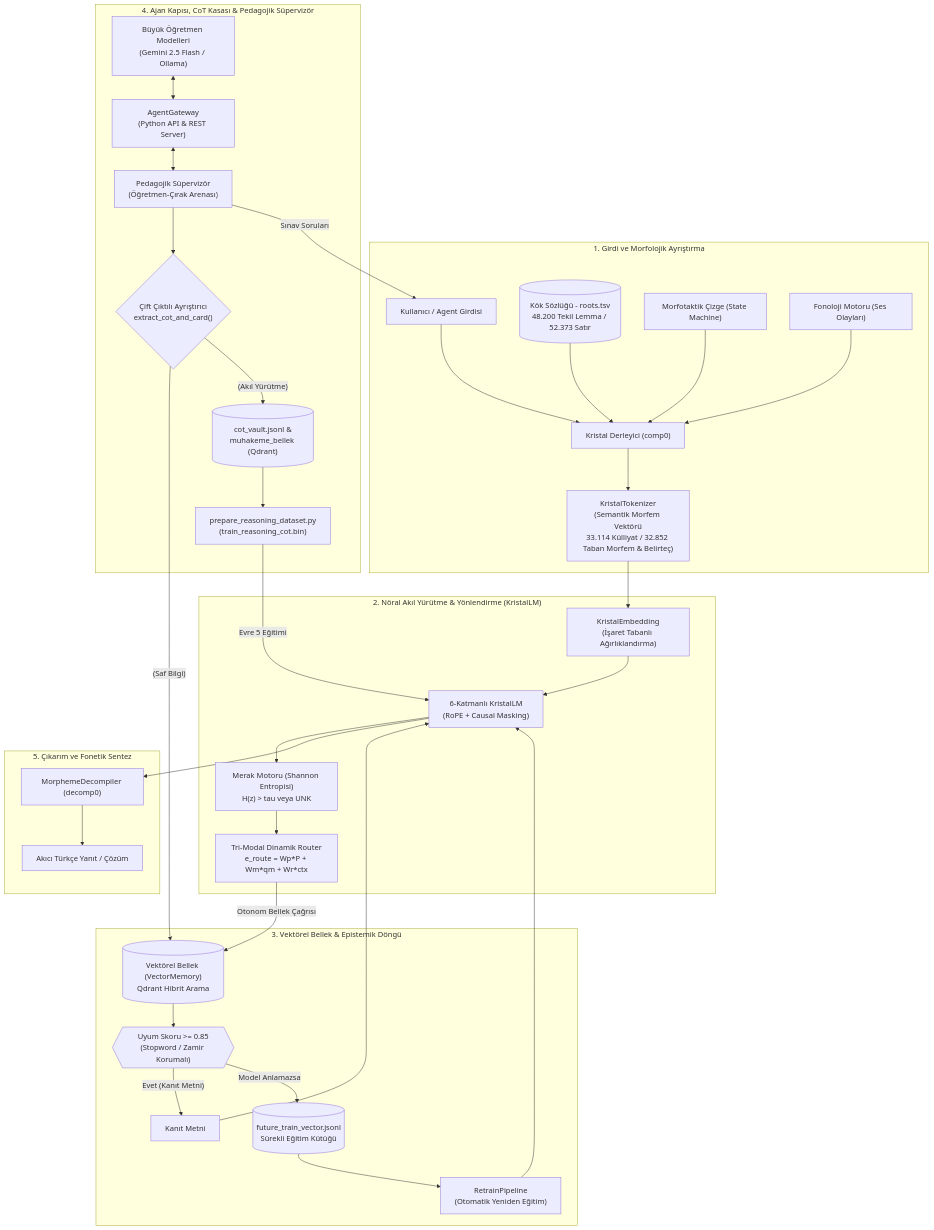
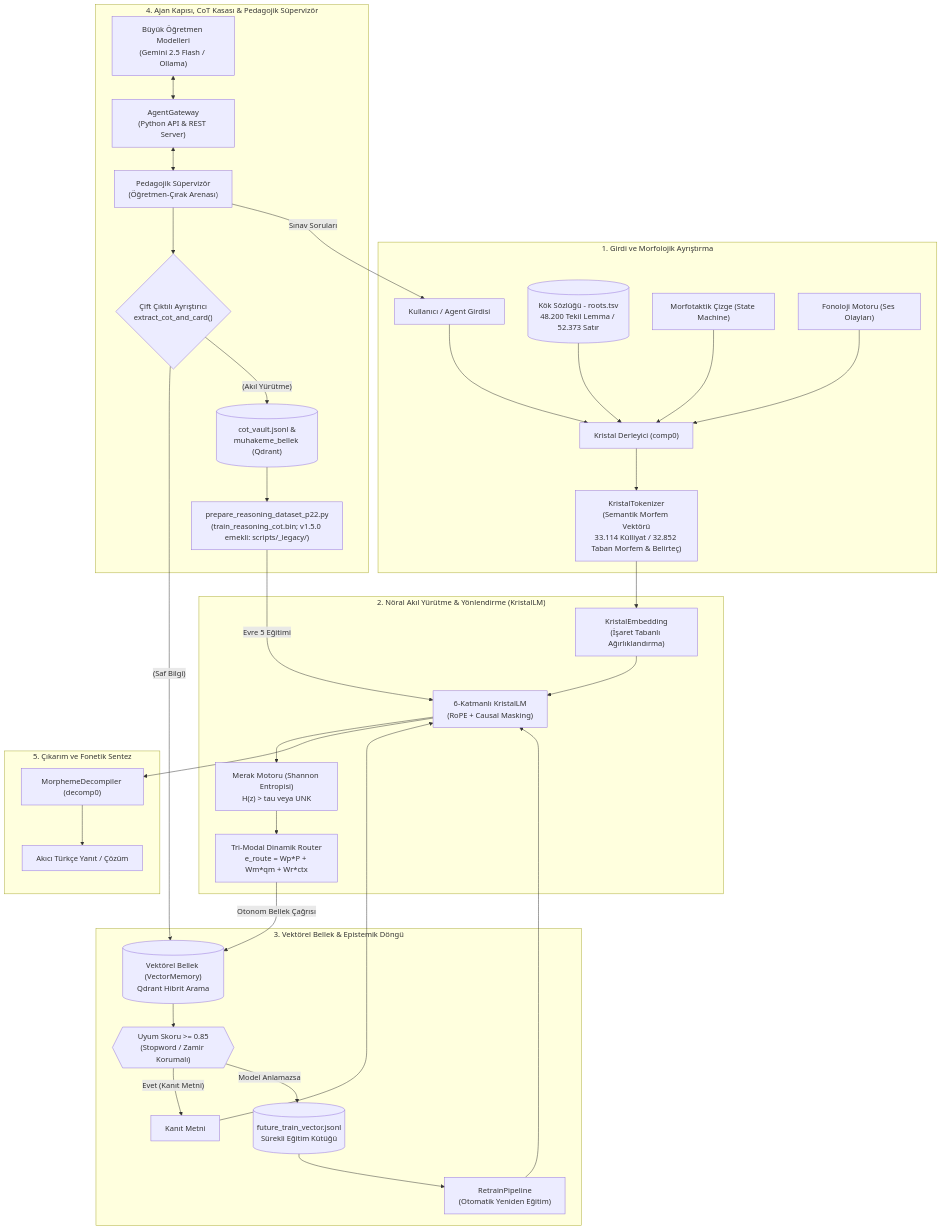
The diagram in README.md (onkanat/tr_llm), drawn with Mermaid before and after one commit. The commit also changed other lines of this file and 6 other files, not shown here.

Commit message:
fix(hijyen): supervisor --auto-retrain fabrikayla onarıldı (kanonik yollar, save≠model fail-closed, TDD 4/4) + bayat prepare_reasoning_dataset.py v1.5.0 _legacy'ye emekli (tek aktif referans + docs _p22'ye)

````diff
--- a/README.md
+++ b/README.md
@@ -34,43 +34,43 @@
 ```mermaid
 flowchart TD
     subgraph INGESTION ["1. Girdi ve Morfolojik Ayrıştırma"]
         RawText["Kullanıcı / Agent Girdisi"] --> Comp["Kristal Derleyici (comp0)"]
         Lexicon[("Kök Sözlüğü - roots.tsv\n48.200 Tekil Lemma / 52.373 Satır")] --> Comp
         Graph["Morfotaktik Çizge (State Machine)"] --> Comp
         Phonology["Fonoloji Motoru (Ses Olayları)"] --> Comp
         Comp --> Tokenizer["KristalTokenizer\n(Semantik Morfem Vektörü\n33.114 Külliyat / 32.852 Taban Morfem & Belirteç)"]
     end
 
     subgraph REASONING ["2. Nöral Akıl Yürütme & Yönlendirme (KristalLM)"]
         Tokenizer --> Embed["KristalEmbedding\n(İşaret Tabanlı Ağırlıklandırma)"]
         Embed --> Transformer["6-Katmanlı KristalLM\n(RoPE + Causal Masking)"]
         Transformer --> Curiosity["Merak Motoru (Shannon Entropisi)\nH(z) > tau veya UNK"]
         Curiosity --> Router["Tri-Modal Dinamik Router\ne_route = Wp*P + Wm*qm + Wr*ctx"]
     end
 
     subgraph MEMORY ["3. Vektörel Bellek & Epistemik Döngü"]
         Router -->|"Otonom Bellek Çağrısı"| VecMem[("Vektörel Bellek (VectorMemory)\nQdrant Hibrit Arama")]
         VecMem --> Filter{{"Uyum Skoru >= 0.85\n(Stopword / Zamir Korumalı)"}}
         Filter -->|"Evet (Kanıt Metni)"| DocInject["<CONTEXT> Kanıt Metni </CONTEXT>"]
         DocInject --> Transformer
         Filter -->|"Model Anlamazsa"| FutureTrain[("future_train_vector.jsonl\nSürekli Eğitim Kütüğü")]
         FutureTrain --> Retrain["RetrainPipeline\n(Otomatik Yeniden Eğitim)"]
         Retrain --> Transformer
     end
 
     subgraph GATEWAY ["4. Ajan Kapısı, CoT Kasası & Pedagojik Süpervizör"]
         ExtAgent["Büyük Öğretmen Modelleri\n(Gemini 2.5 Flash / Ollama)"] <--> Gateway["AgentGateway\n(Python API & REST Server)"]
         Gateway <--> Supervisor["Pedagojik Süpervizör\n(Öğretmen-Çırak Arenası)"]
         Supervisor --> DualParse{"Çift Çıktılı Ayrıştırıcı\nextract_cot_and_card()"}
         DualParse -->|"<BILGI_KARTI> (Saf Bilgi)"| VecMem
         DualParse -->|"<DUSUNCE> (Akıl Yürütme)"| CoTVault[("cot_vault.jsonl &\nmuhakeme_bellek (Qdrant)")]
-        CoTVault --> PrepReasoning["prepare_reasoning_dataset.py\n(train_reasoning_cot.bin)"]
+        CoTVault --> PrepReasoning["prepare_reasoning_dataset_p22.py\n(train_reasoning_cot.bin; v1.5.0 emekli: scripts/_legacy/)"]
         PrepReasoning -->|"Evre 5 Eğitimi"| Transformer
         Supervisor -->|"Sınav Soruları"| RawText
     end
 
     subgraph SYNTHESIS ["5. Çıkarım ve Fonetik Sentez"]
         Transformer --> Decomp["MorphemeDecompiler (decomp0)"]
         Decomp --> CleanText["Akıcı Türkçe Yanıt / Çözüm"]
     end
 ```
````
